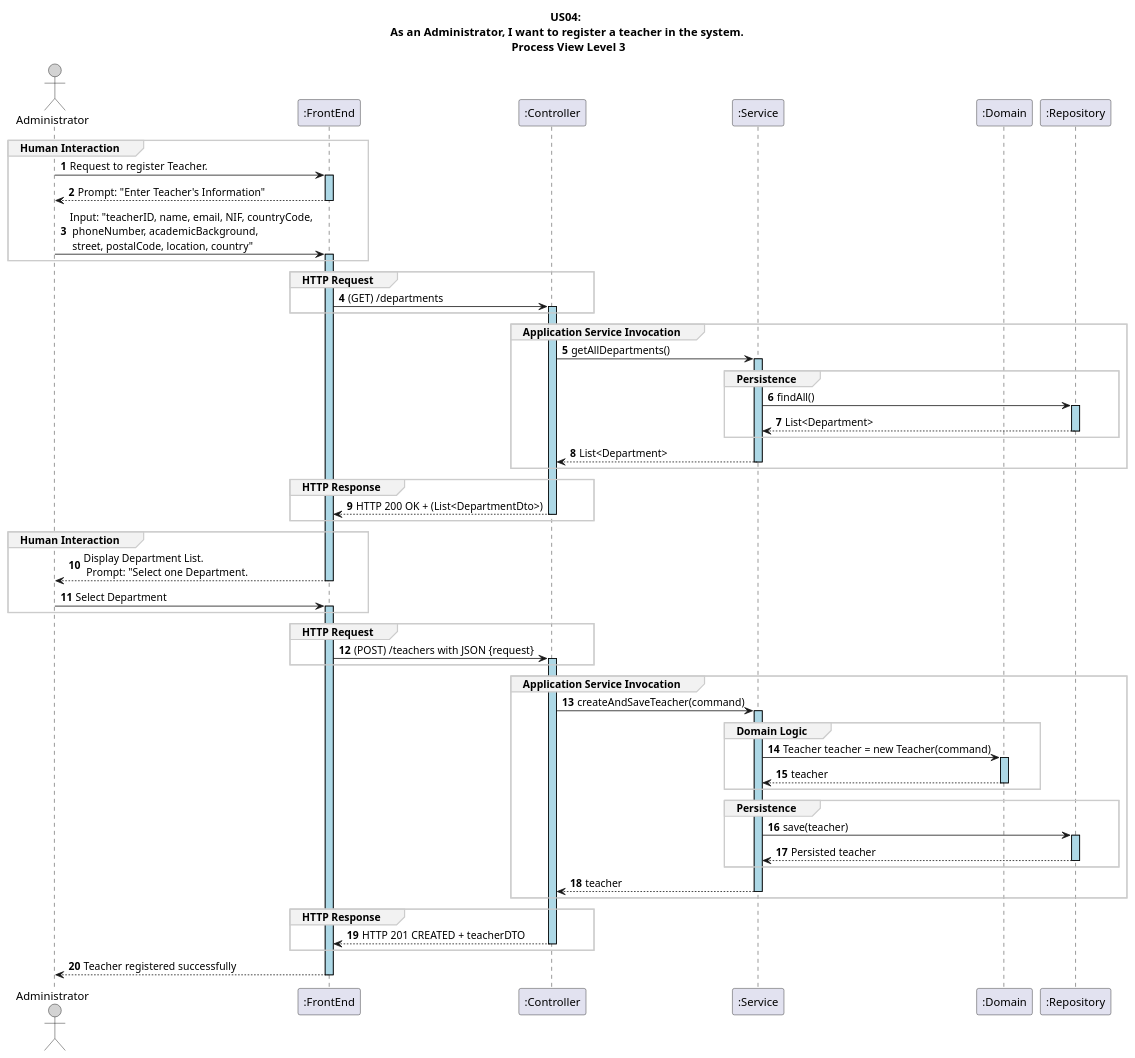
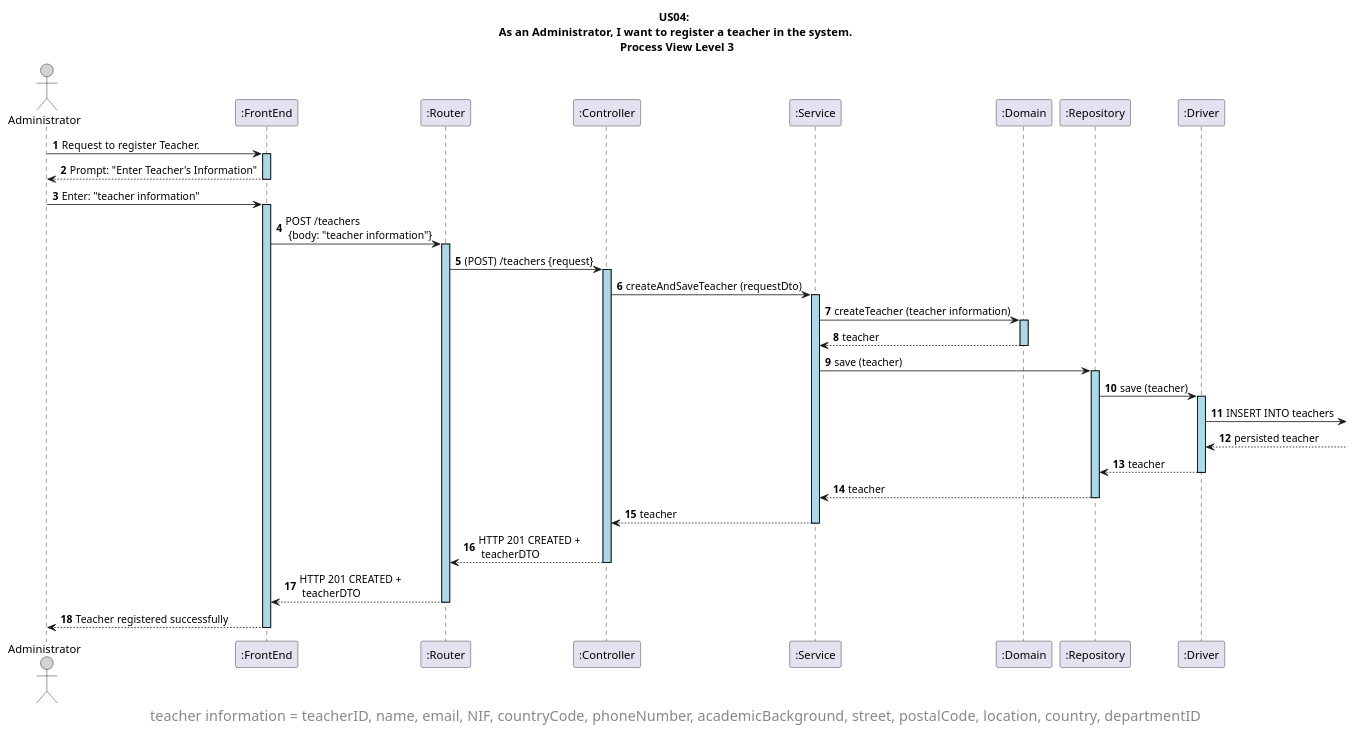
One commit to GasparISEP/DevOps-PAI changed the diagram in docs/US04/Sprint6/ProcessView/Level3.puml. Above: the diagram before and after it, drawn with PlantUML.

Commit message:
refactor(ProcessView Level3.puml): streamline teacher registration flow and update API interactions. #719

```diff
--- a/docs/US04/Sprint6/ProcessView/Level3.puml
+++ b/docs/US04/Sprint6/ProcessView/Level3.puml
@@ -1,76 +1,52 @@
 @startuml
 
 title US04: \n As an Administrator, I want to register a teacher in the system. \n Process View Level 3
 autonumber
 
 skinparam sequence {
     LifelineBorderColor black
     LifelineBackgroundColor LightBlue
     ActorBorderColor black
     ActorBackgroundColor LightGray
     GroupBorderColor #cccccc
     GroupBackgroundColor #f2f2f2
 }
 
 actor Administrator
 participant ":FrontEnd" as FE
+participant ":Router" as RT
 participant ":Controller" as CT
 participant ":Service" as SE
 participant ":Domain" as DM
 participant ":Repository" as RE
+participant ":Driver" as DR
 
-
-
-group Human Interaction
 Administrator -> FE ++: Request to register Teacher.
 FE --> Administrator --: Prompt: "Enter Teacher's Information"
-Administrator -> FE ++: Input: "teacherID, name, email, NIF, countryCode, \n phoneNumber, academicBackground, \n street, postalCode, location, country"
-end group
+Administrator -> FE ++: Enter: "teacher information"
 
-group HTTP Request
-FE -> CT ++: (GET) /departments
-end group
+FE -> RT ++: POST /teachers \n {body: "teacher information"}
+RT -> CT ++: (POST) /teachers {request}
 
-group Application Service Invocation
-CT -> SE ++: getAllDepartments()
+CT -> SE ++: createAndSaveTeacher (requestDto)
+SE -> DM ++: createTeacher (teacher information)
+DM --> SE --: teacher
 
-group Persistence
-SE -> RE ++: findAll()
-RE --> SE --: List<Department>
-end group
+SE -> RE ++: save (teacher)
+RE -> DR ++: save (teacher)
 
-SE --> CT --: List<Department>
-end group
+DR -> : INSERT INTO teachers
+DR <--: persisted teacher
 
-group HTTP Response
-CT --> FE--:  HTTP 200 OK + (List<DepartmentDto>)
-end group
+DR --> RE --: teacher
+RE --> SE --: teacher
+SE --> CT --: teacher
 
-group Human Interaction
-FE --> Administrator --: Display Department List. \n Prompt: "Select one Department.
-Administrator -> FE ++: Select Department
-end group
+CT --> RT --: HTTP 201 CREATED + \n teacherDTO
+RT --> FE --: HTTP 201 CREATED + \n teacherDTO
 
-group HTTP Request
-FE -> CT ++: (POST) /teachers with JSON {request}
-end group
+FE --> Administrator --: Teacher registered successfully
 
-group Application Service Invocation
-CT -> SE ++: createAndSaveTeacher(command)
-group Domain Logic
-SE -> DM ++: Teacher teacher = new Teacher(command)
-DM --> SE --: teacher
-end group
-group Persistence
-SE -> RE ++: save(teacher)
-RE --> SE --: Persisted teacher
-end group
-SE --> CT --: teacher
-end group
-group HTTP Response
-CT --> FE --: HTTP 201 CREATED + teacherDTO
-end group
-FE --> Administrator --: Teacher registered successfully
-'TA --> RC --: teacherAcronym, name, email, nif, phoneNumber,\n academicBackground,street,postalcode,location,country, departmentID
-'
+footer <size:18>teacher information = teacherID, name, email, NIF, countryCode, phoneNumber, academicBackground, street, postalCode, location, country, departmentID</size>
+
 @enduml
```
